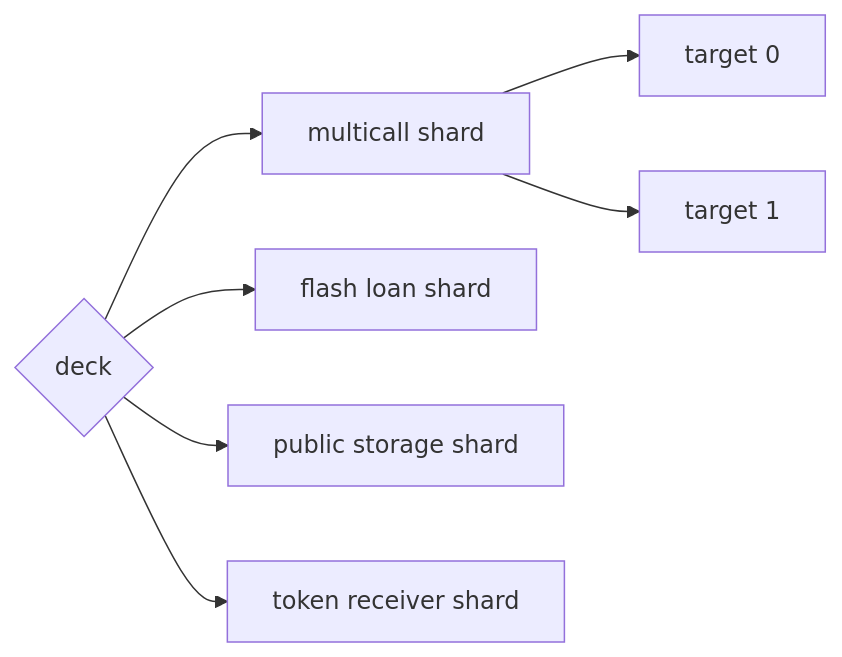
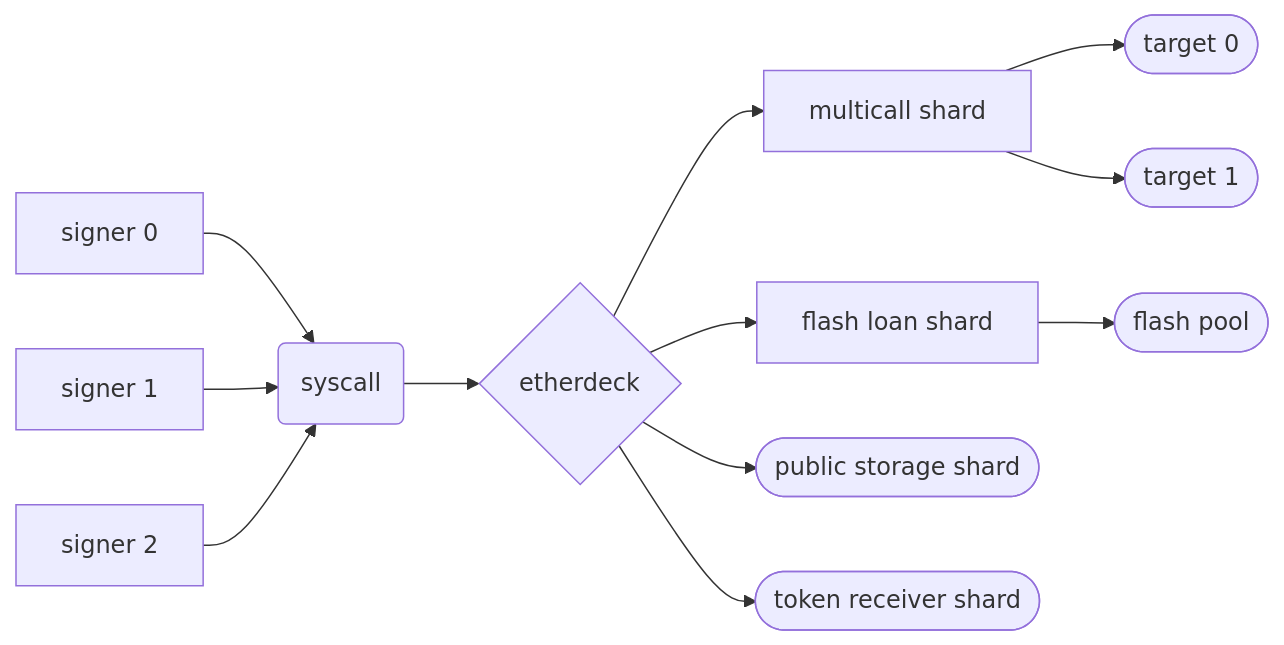
One commit to jtriley-eth/ether-deck changed the first of 2 diagrams in README.md. Above: the diagram before and after it, drawn with Mermaid.

Commit message:
update chart

````diff
--- a/README.md
+++ b/README.md
@@ -5,17 +5,27 @@
 ```mermaid
 flowchart LR
-    deck{deck}
+    s0[signer 0]
+    s1[signer 1]
+    s2[signer 2]
+    sc(syscall)
+    deck{etherdeck}
     mcs[multicall shard]
     fls[flash loan shard]
-    pss[public storage shard]
-    recv[token receiver shard]
-    e0[target 0]
-    e1[target 1]
+    pss([public storage shard])
+    recv([token receiver shard])
+    e0([target 0])
+    e1([target 1])
+    p0([flash pool])
 
+    s0 --> sc
+    s1 --> sc
+    s2 --> sc
+    sc --> deck
     deck --> recv
     deck --> mcs
     deck --> pss
     deck --> fls
     mcs --> e0
     mcs --> e1
+    fls --> p0
 ```
````
